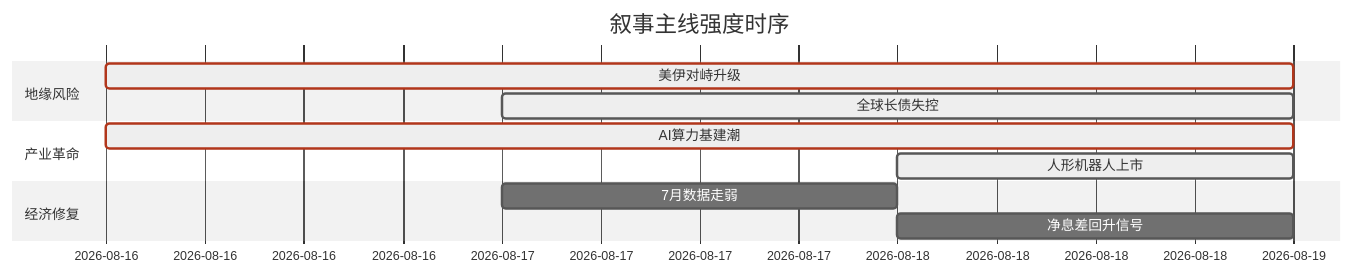
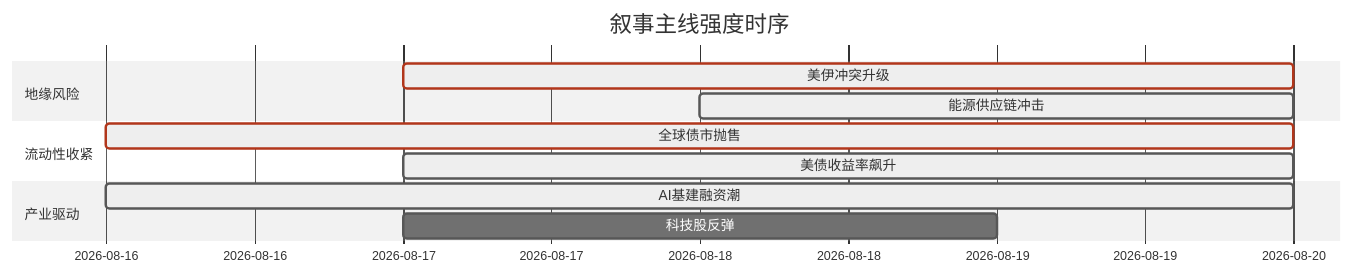
The diagram in 5day_report.md (uu5zn/uu5zn.github.io), drawn with Mermaid (neutral theme) before and after one commit. The commit also changed other lines of this file and 25 other files, not shown here.

````diff
--- a/5day_report.md
+++ b/5day_report.md
@@ -58,16 +58,16 @@
 ```mermaid
 gantt
     title 叙事主线强度时序
     dateFormat YYYY-MM-DD
     section 地缘风险
-    美伊对峙升级   :crit, active, 2026-08-16, 3d
-    全球长债失控   :active, 2026-08-17, 2d
+    美伊冲突升级   :crit, active, 2026-08-17, 3d
+    能源供应链冲击   :active, 2026-08-18, 2d
     
-    section 产业革命
-    AI算力基建潮   :crit, active, 2026-08-16, 3d
-    人形机器人上市 :active, 2026-08-18, 1d
+    section 流动性收紧
+    全球债市抛售   :crit, active, 2026-08-16, 4d
+    美债收益率飙升   :active, 2026-08-17, 3d
     
-    section 经济修复
-    7月数据走弱   :2026-08-17, 1d
-    净息差回升信号 :2026-08-18, 1d
+    section 产业驱动
+    AI基建融资潮   :active, 2026-08-16, 4d
+    科技股反弹   :2026-08-17, 2d
 ```
````
